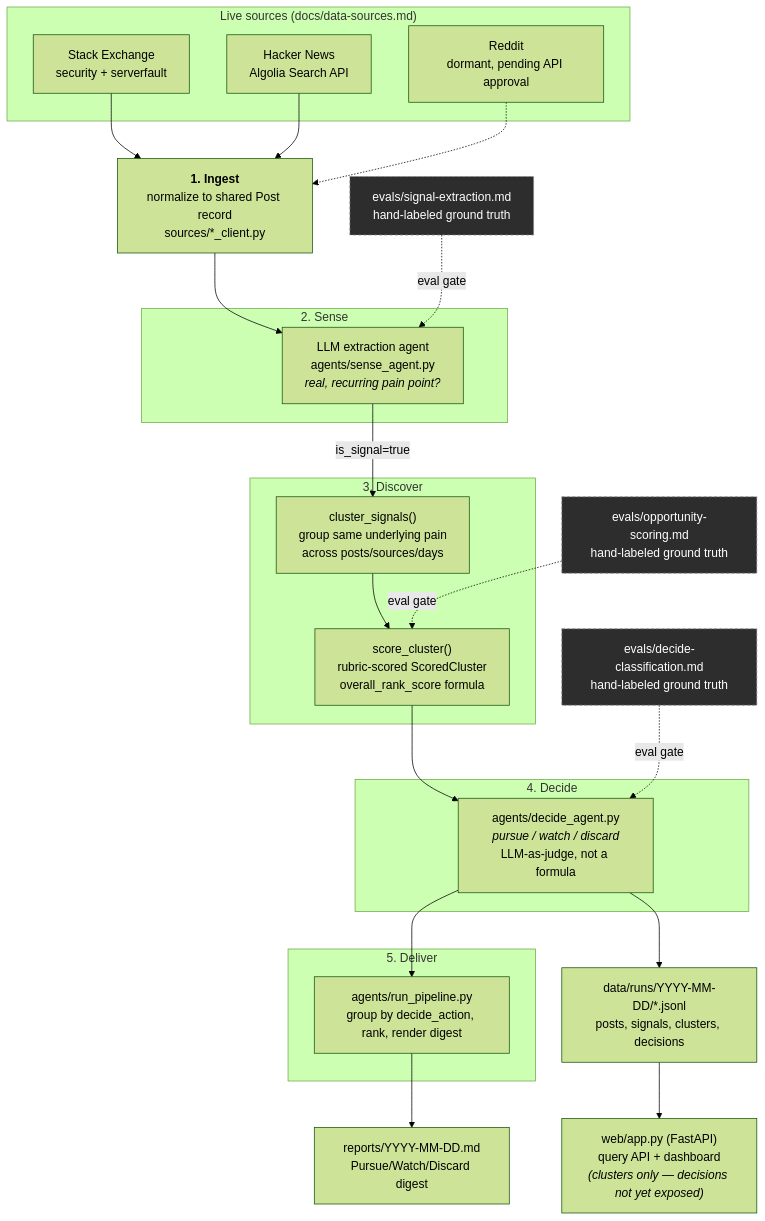
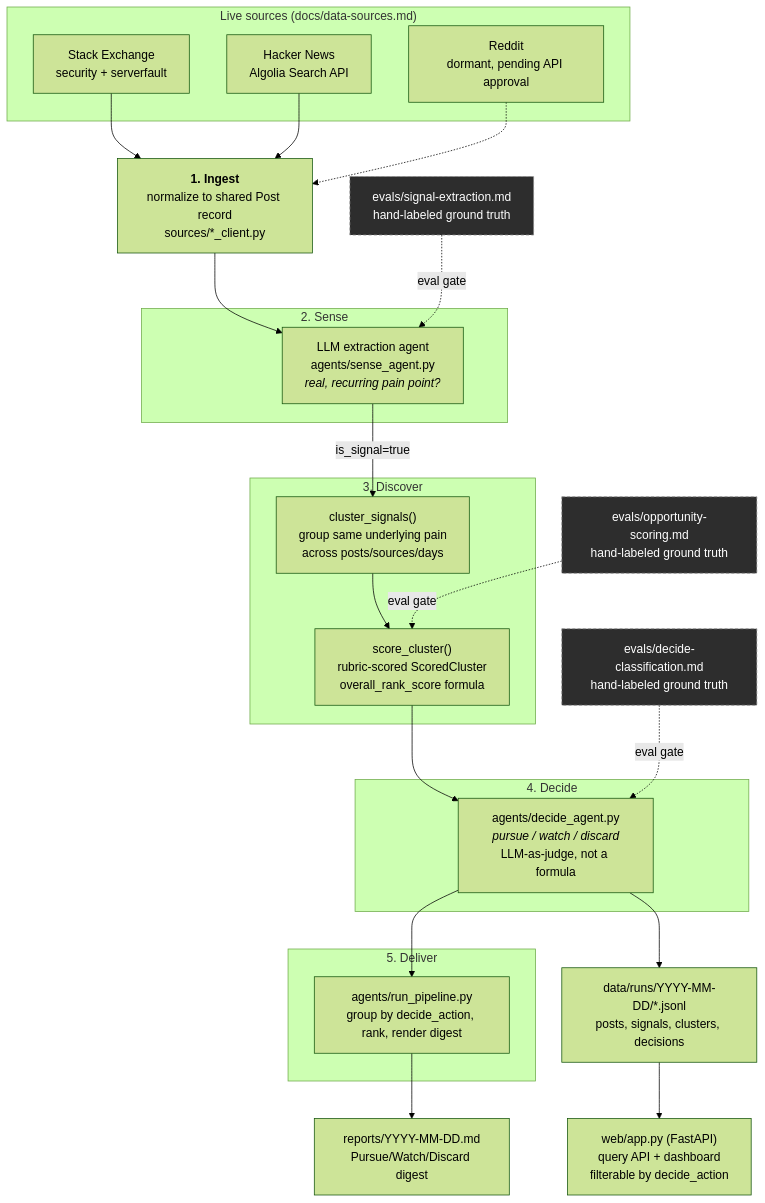
The diagram in README.md (isaiah-innovates/signal-whisp), drawn with Mermaid (forest theme) before and after one commit. The commit also changed other lines of this file and 4 other files, not shown here.

First line of the commit message:
Wire decisions.jsonl into the web dashboard

````diff
--- a/README.md
+++ b/README.md
@@ -30,57 +30,57 @@
 ```mermaid
 flowchart TD
     subgraph Sources["Live sources (docs/data-sources.md)"]
         SE["Stack Exchange<br/>security + serverfault"]
         HN["Hacker News<br/>Algolia Search API"]
         RD["Reddit<br/>dormant, pending API approval"]
     end
 
     SE --> ING
     HN --> ING
     RD -.-> ING
 
     ING["<b>1. Ingest</b><br/>normalize to shared Post record<br/>sources/*_client.py"]
 
     ING --> SENSE
 
     subgraph SenseStage["2. Sense"]
         SENSE["LLM extraction agent<br/>agents/sense_agent.py<br/><i>real, recurring pain point?</i>"]
     end
 
     EVAL1["evals/signal-extraction.md<br/>hand-labeled ground truth"]
     EVAL1 -.eval gate.-> SENSE
 
     SENSE -->|is_signal=true| CLUSTER
 
     subgraph DiscoverStage["3. Discover"]
         CLUSTER["cluster_signals()<br/>group same underlying pain<br/>across posts/sources/days"]
         SCORE["score_cluster()<br/>rubric-scored ScoredCluster<br/>overall_rank_score formula"]
         CLUSTER --> SCORE
     end
 
     EVAL2["evals/opportunity-scoring.md<br/>hand-labeled ground truth"]
     EVAL2 -.eval gate.-> SCORE
 
     SCORE --> DECIDE
 
     subgraph DecideStage["4. Decide"]
         DECIDE["agents/decide_agent.py<br/><i>pursue / watch / discard</i><br/>LLM-as-judge, not a formula"]
     end
 
     EVAL3["evals/decide-classification.md<br/>hand-labeled ground truth"]
     EVAL3 -.eval gate.-> DECIDE
 
     DECIDE --> DELIVER
 
     subgraph DeliverStage["5. Deliver"]
         DELIVER["agents/run_pipeline.py<br/>group by decide_action, rank, render digest"]
     end
 
     DELIVER --> REPORT["reports/YYYY-MM-DD.md<br/>Pursue/Watch/Discard digest"]
     DECIDE --> DATA["data/runs/YYYY-MM-DD/*.jsonl<br/>posts, signals, clusters, decisions"]
-    DATA --> WEBAPP["web/app.py (FastAPI)<br/>query API + dashboard<br/><i>(clusters only — decisions not yet exposed)</i>"]
+    DATA --> WEBAPP["web/app.py (FastAPI)<br/>query API + dashboard<br/>filterable by decide_action"]
 
     style EVAL1 fill:#2d2d2d,stroke:#888,color:#fff,stroke-dasharray: 4 3
     style EVAL2 fill:#2d2d2d,stroke:#888,color:#fff,stroke-dasharray: 4 3
     style EVAL3 fill:#2d2d2d,stroke:#888,color:#fff,stroke-dasharray: 4 3
 ```
````
